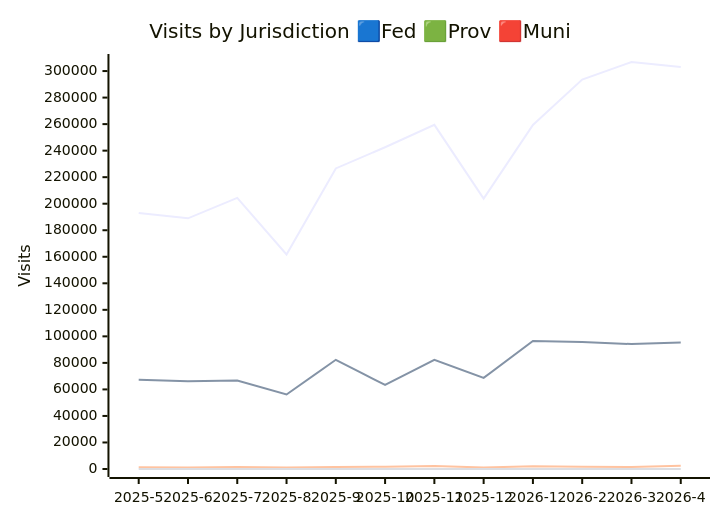
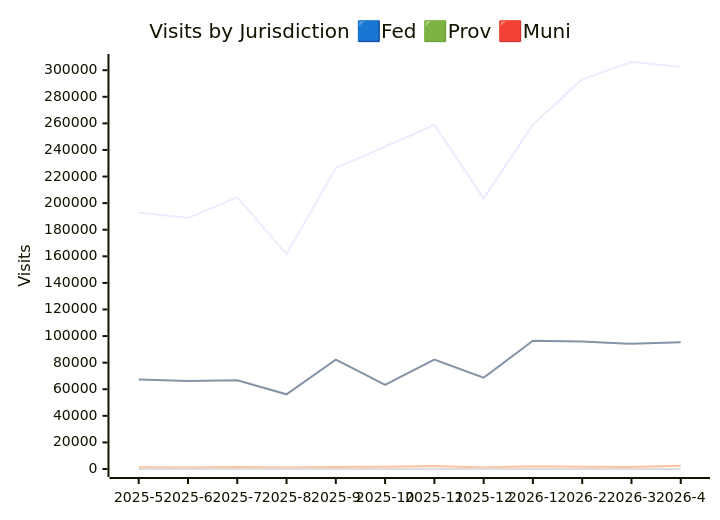
Before and after one commit to open-data/analytics-corporate-reporting: the second of 3 diagrams in JURISDICTION_ANALYTICS_REPORT/readme.md, drawn with Mermaid. The commit also changed other lines of this file and 2 other files, not shown here.

````diff
--- a/JURISDICTION_ANALYTICS_REPORT/readme.md
+++ b/JURISDICTION_ANALYTICS_REPORT/readme.md
@@ -27,11 +27,11 @@
 ```mermaid
 
 xychart-beta
     title "Visits by Jurisdiction 🟦Fed 🟩Prov 🟥Muni"
     x-axis [2025-5, 2025-6, 2025-7, 2025-8, 2025-9, 2025-10, 2025-11, 2025-12, 2026-1, 2026-2, 2026-3, 2026-4]
-    y-axis "Visits" 0 --> 306831
-    line [192983, 188997, 204392, 161689, 226585, 242581, 259459, 203851, 259370, 293636, 306821, 302997]
+    y-axis "Visits" 0 --> 306173
+    line [192883, 188917, 204307, 161660, 226421, 242393, 258948, 203554, 259022, 293232, 306163, 302533]
     line [67312, 66210, 66753, 56172, 82323, 63360, 82328, 68663, 96451, 95831, 94174, 95323]
     line [1268, 1160, 1451, 1187, 1472, 1717, 2282, 1200, 2113, 1718, 1475, 2389]
     line [0, 0, 0, 0, 0, 13, 7, 27, 17, 19, 21, 9]
 ```
````
